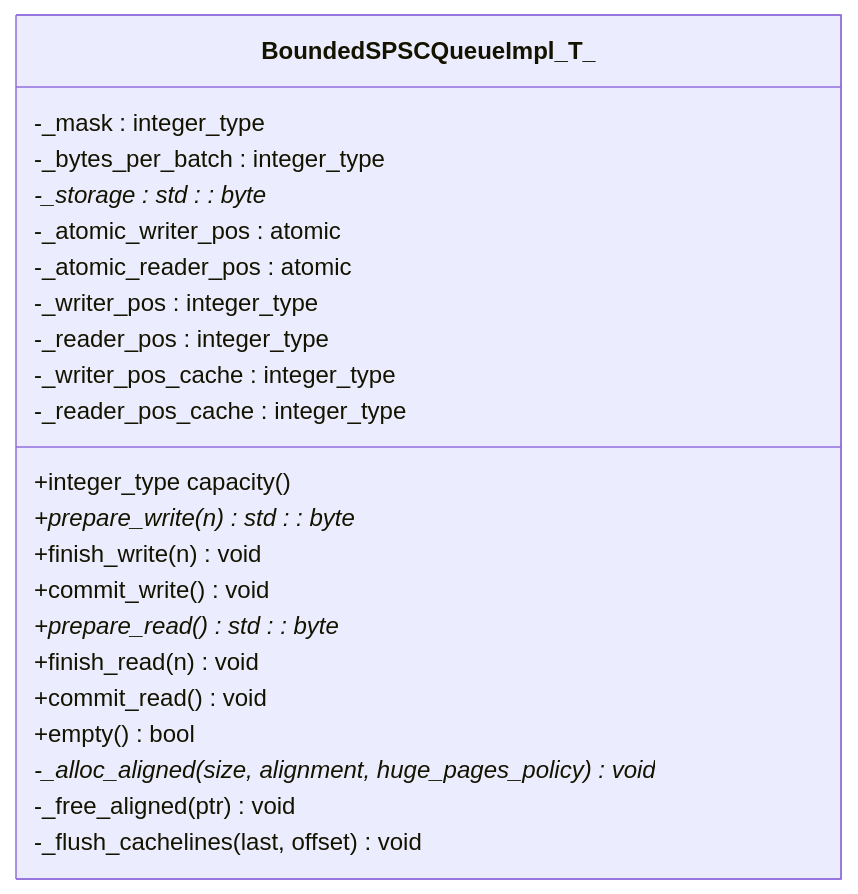
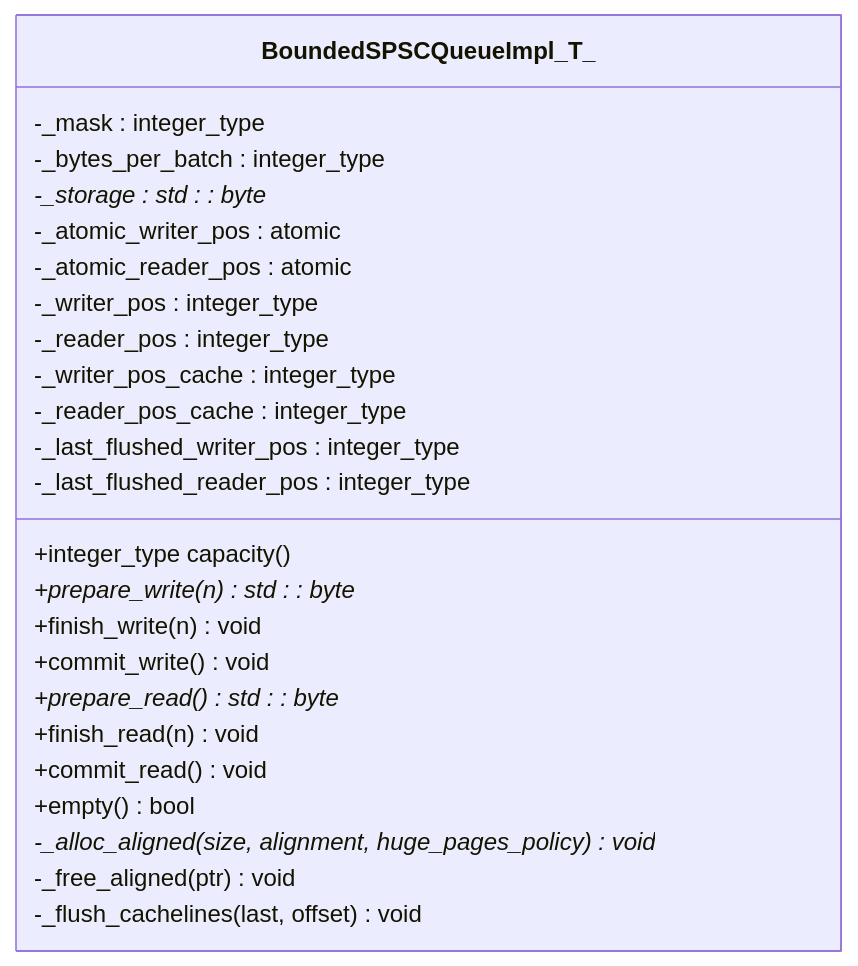
Before and after one commit to xuetianhao98/quill: the third of 6 diagrams in .qoder/repowiki/en/content/Troubleshooting & FAQ/Common Issues/Threading & Synchronization/SPSC Queue Synchronization.md, drawn with Mermaid. The commit also changed other lines of this file and 3 other files, not shown here.

````diff
--- a/.qoder/repowiki/en/content/Troubleshooting & FAQ/Common Issues/Threading & Synchronization/SPSC Queue Synchronization.md
+++ b/.qoder/repowiki/en/content/Troubleshooting & FAQ/Common Issues/Threading & Synchronization/SPSC Queue Synchronization.md
@@ -155,25 +167,27 @@
 ```mermaid
 classDiagram
 class BoundedSPSCQueueImpl_T_ {
 +integer_type capacity()
 +prepare_write(n) std : : byte*
 +finish_write(n) void
 +commit_write() void
 +prepare_read() std : : byte*
 +finish_read(n) void
 +commit_read() void
 +empty() bool
 -_alloc_aligned(size, alignment, huge_pages_policy) void*
 -_free_aligned(ptr) void
 -_flush_cachelines(last, offset) void
 -_mask : integer_type
 -_bytes_per_batch : integer_type
 -_storage : std : : byte*
 -_atomic_writer_pos : atomic<integer_type>
 -_atomic_reader_pos : atomic<integer_type>
 -_writer_pos : integer_type
 -_reader_pos : integer_type
 -_writer_pos_cache : integer_type
 -_reader_pos_cache : integer_type
+-_last_flushed_writer_pos : integer_type
+-_last_flushed_reader_pos : integer_type
 }
 ```
````
